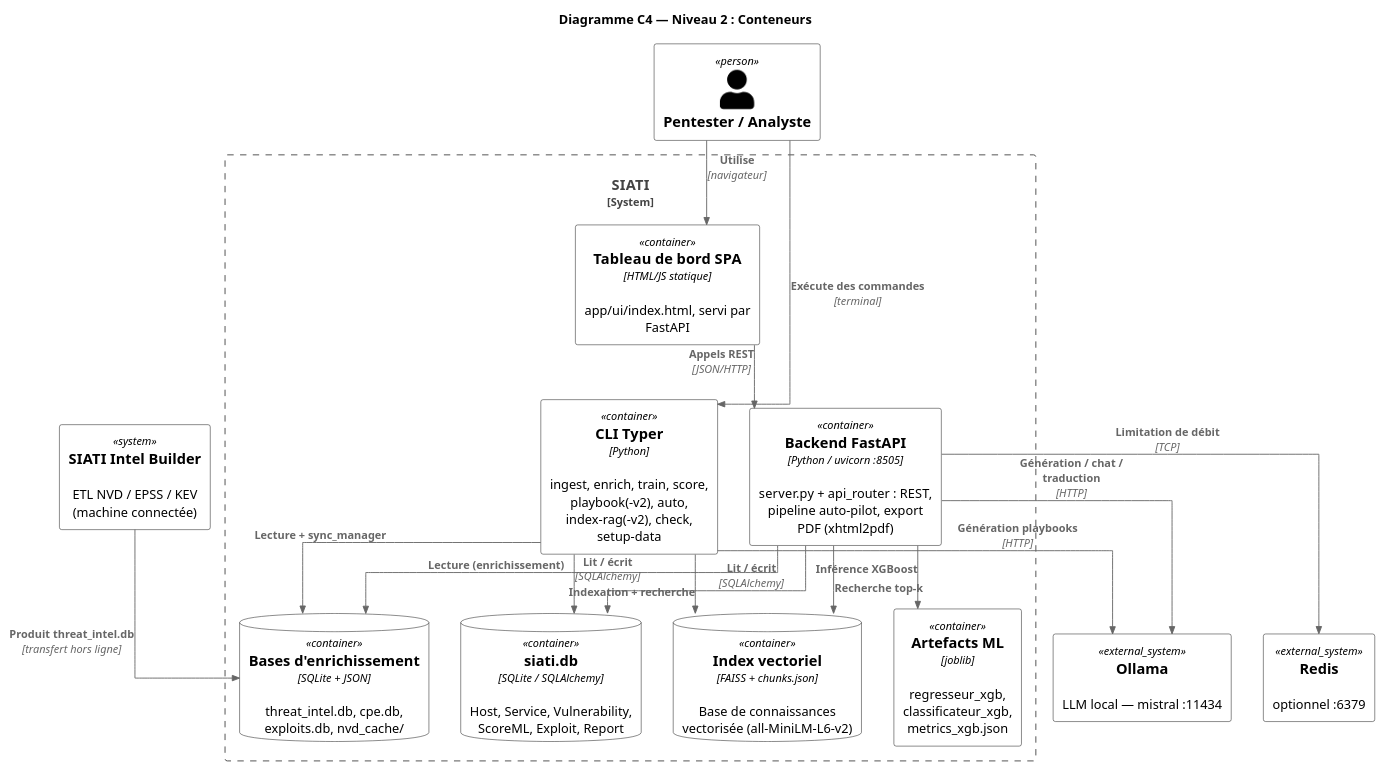
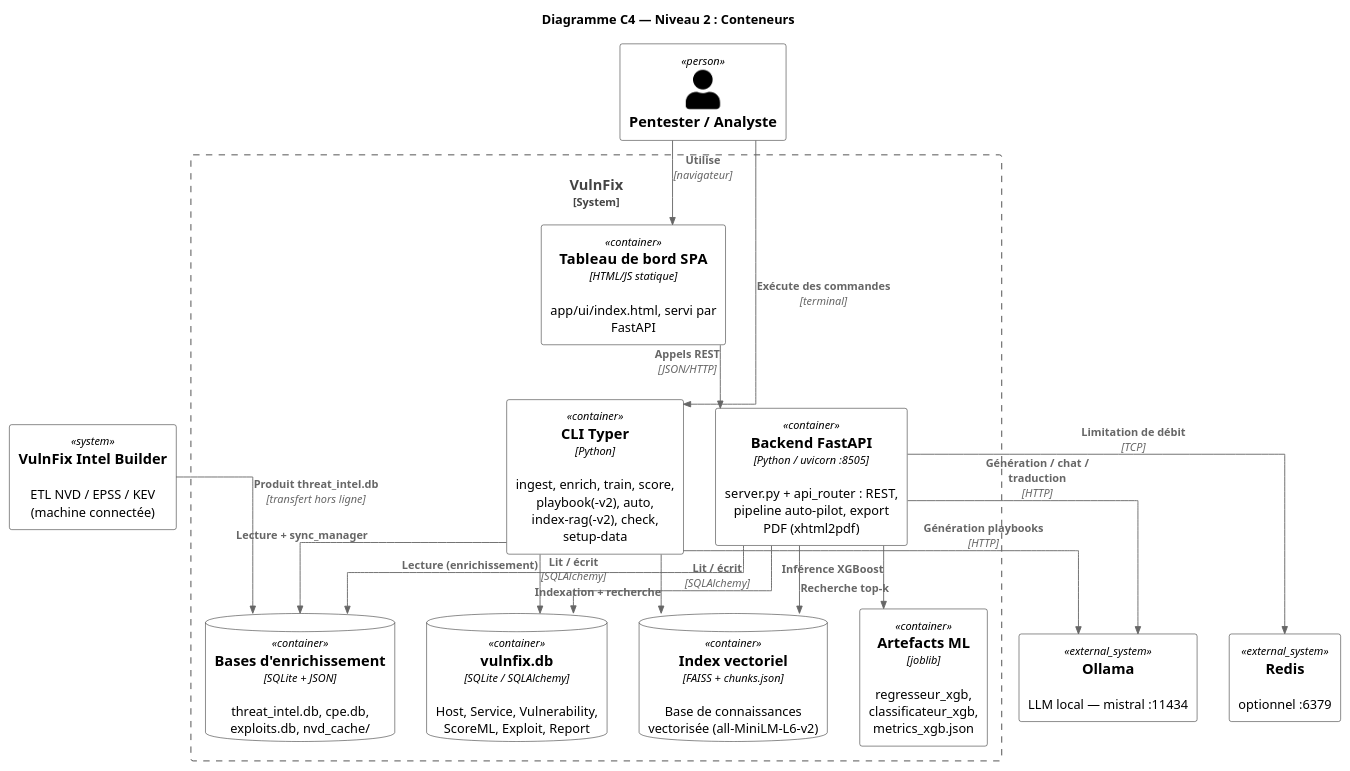
Before and after one commit to sehenan/penstest_assistant: the diagram in docs/architecture/diagrams/04_c4_conteneurs.puml, drawn with PlantUML. The commit also changed 81 other files, not shown here.

Commit message:
SIATI to VulnFix

```diff
--- a/docs/architecture/diagrams/04_c4_conteneurs.puml
+++ b/docs/architecture/diagrams/04_c4_conteneurs.puml
@@ -1,43 +1,43 @@
 @startuml 04_c4_conteneurs
 !include <C4/C4_Container>
 skinparam backgroundColor #FFFFFF
 skinparam defaultFontName Helvetica
 skinparam shadowing false
 skinparam linetype ortho
 title Diagramme C4 — Niveau 2 : Conteneurs
 UpdateElementStyle(person, $bgColor="white", $fontColor="black", $borderColor="black")
 UpdateElementStyle(system, $bgColor="white", $fontColor="black", $borderColor="black")
 UpdateElementStyle(external_system, $bgColor="white", $fontColor="black", $borderColor="black")
 UpdateElementStyle(container, $bgColor="white", $fontColor="black", $borderColor="black")
 
 Person(pentester, "Pentester / Analyste")
 
-System_Boundary(siati, "SIATI") {
+System_Boundary(vulnfix, "VulnFix") {
   Container(spa, "Tableau de bord SPA", "HTML/JS statique", "app/ui/index.html, servi par FastAPI")
   Container(api, "Backend FastAPI", "Python / uvicorn :8505", "server.py + api_router : REST, pipeline auto-pilot, export PDF (xhtml2pdf)")
   Container(cli, "CLI Typer", "Python", "ingest, enrich, train, score, playbook(-v2), auto, index-rag(-v2), check, setup-data")
-  ContainerDb(db, "siati.db", "SQLite / SQLAlchemy", "Host, Service, Vulnerability, ScoreML, Exploit, Report")
+  ContainerDb(db, "vulnfix.db", "SQLite / SQLAlchemy", "Host, Service, Vulnerability, ScoreML, Exploit, Report")
   ContainerDb(intel, "Bases d'enrichissement", "SQLite + JSON", "threat_intel.db, cpe.db, exploits.db, nvd_cache/")
   ContainerDb(faiss, "Index vectoriel", "FAISS + chunks.json", "Base de connaissances vectorisée (all-MiniLM-L6-v2)")
   Container(models, "Artefacts ML", "joblib", "regresseur_xgb, classificateur_xgb, metrics_xgb.json")
 }
 
-System(builder, "SIATI Intel Builder", "ETL NVD / EPSS / KEV (machine connectée)")
+System(builder, "VulnFix Intel Builder", "ETL NVD / EPSS / KEV (machine connectée)")
 System_Ext(ollama, "Ollama", "LLM local — mistral :11434")
 System_Ext(redis, "Redis", "optionnel :6379")
 
 Rel(pentester, spa, "Utilise", "navigateur")
 Rel(pentester, cli, "Exécute des commandes", "terminal")
 Rel(spa, api, "Appels REST", "JSON/HTTP")
 Rel(api, db, "Lit / écrit", "SQLAlchemy")
 Rel(cli, db, "Lit / écrit", "SQLAlchemy")
 Rel(api, intel, "Lecture (enrichissement)")
 Rel(cli, intel, "Lecture + sync_manager")
 Rel(api, faiss, "Recherche top-k")
 Rel(cli, faiss, "Indexation + recherche")
 Rel(api, models, "Inférence XGBoost")
 Rel(api, ollama, "Génération / chat / traduction", "HTTP")
 Rel(cli, ollama, "Génération playbooks", "HTTP")
 Rel(api, redis, "Limitation de débit", "TCP")
 Rel(builder, intel, "Produit threat_intel.db", "transfert hors ligne")
 @enduml
```
